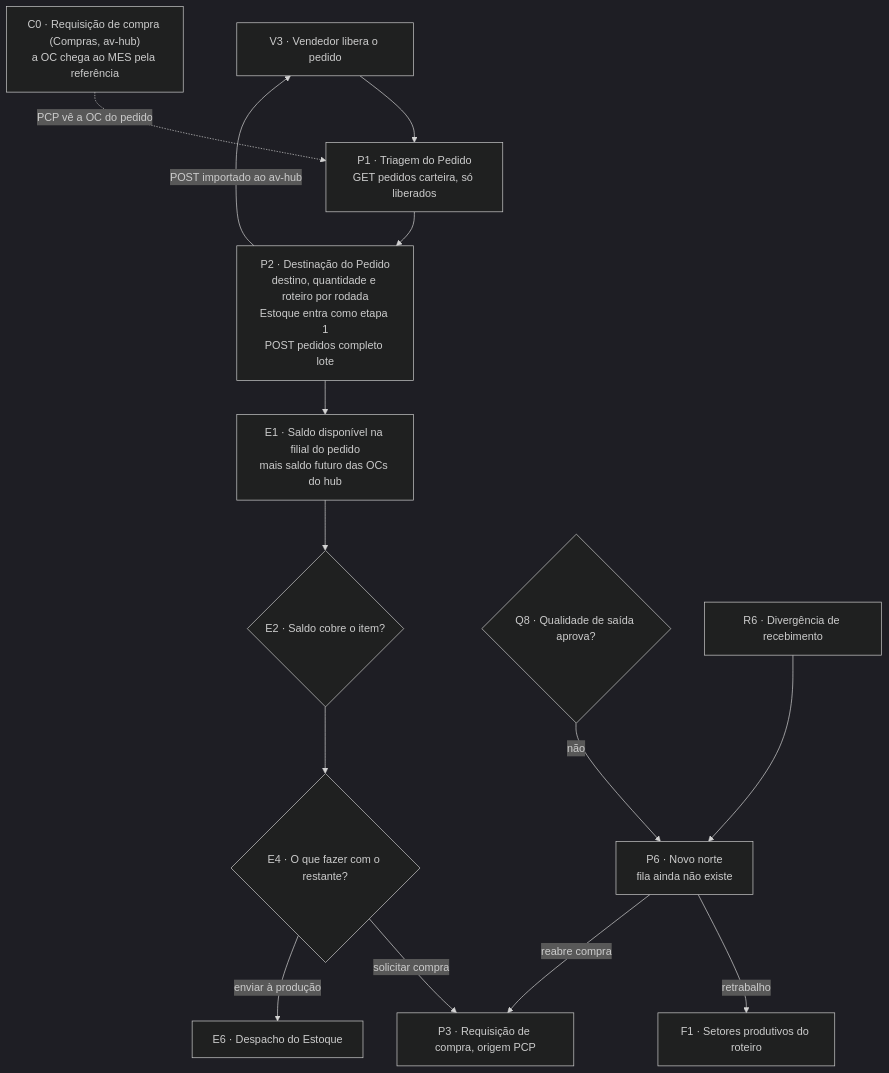
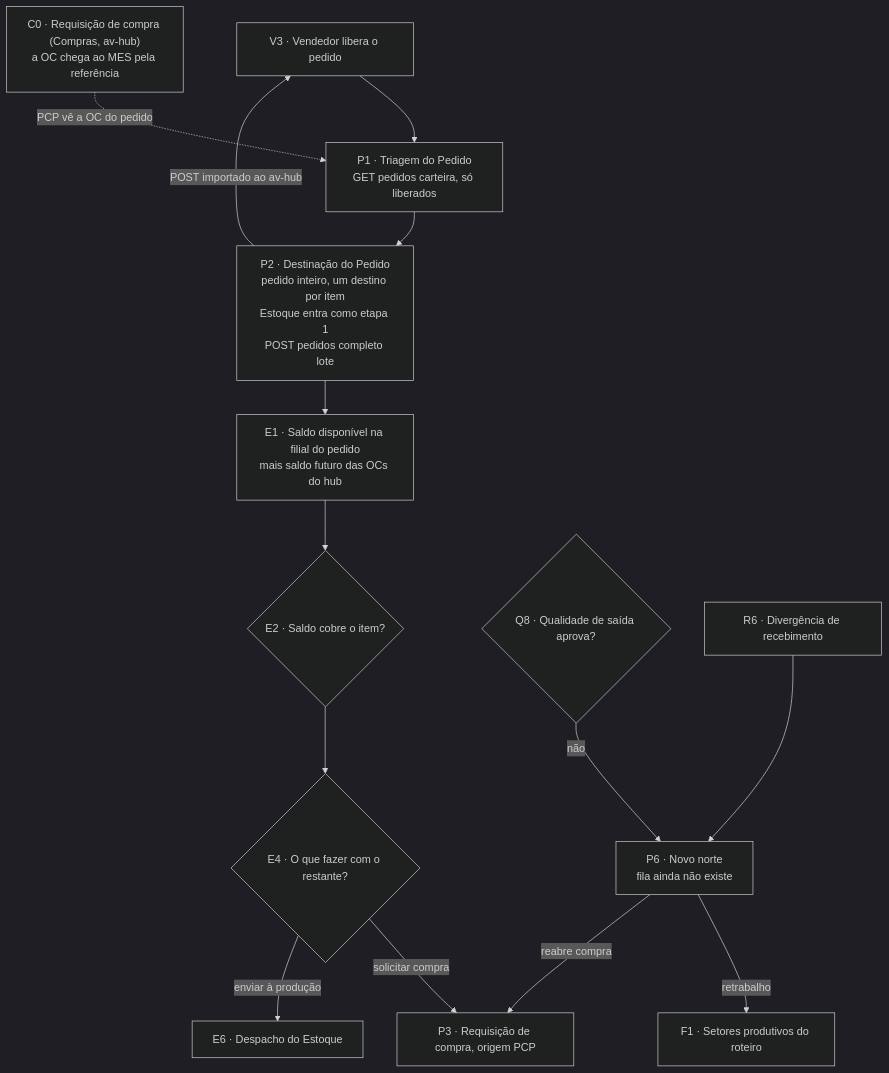
The diagram in 02-Fluxo-de-Atividades/04-PCP-Triagem-e-Destinacao.md (pablo-cruzbr/vault-avhub-mer), drawn with Mermaid (dark theme) before and after one commit. The commit also changed other lines of this file, not shown here.

````diff
--- a/02-Fluxo-de-Atividades/04-PCP-Triagem-e-Destinacao.md
+++ b/02-Fluxo-de-Atividades/04-PCP-Triagem-e-Destinacao.md
@@ -202,16 +202,16 @@
 ```mermaid
 flowchart TD
     V3["V3 · Vendedor libera o pedido"] --> P1["P1 · Triagem do Pedido<br/>GET pedidos carteira, só liberados"]
-    P1 --> P2["P2 · Destinação do Pedido<br/>destino, quantidade e roteiro por rodada<br/>Estoque entra como etapa 1<br/>POST pedidos completo lote"]
+    P1 --> P2["P2 · Destinação do Pedido<br/>pedido inteiro, um destino por item<br/>Estoque entra como etapa 1<br/>POST pedidos completo lote"]
     P2 -->|"POST importado ao av-hub"| V3
     P2 --> E1["E1 · Saldo disponível na filial do pedido<br/>mais saldo futuro das OCs do hub"]
     C0["C0 · Requisição de compra (Compras, av-hub)<br/>a OC chega ao MES pela referência"] -.->|"PCP vê a OC do pedido"| P1
     E1 --> E2{"E2 · Saldo cobre o item?"}
     E2 --> E4{"E4 · O que fazer com o restante?"}
     E4 -->|"solicitar compra"| P3["P3 · Requisição de compra, origem PCP"]
     E4 -->|"enviar à produção"| E6["E6 · Despacho do Estoque"]
     Q8{"Q8 · Qualidade de saída aprova?"} -->|não| P6["P6 · Novo norte<br/>fila ainda não existe"]
     R6["R6 · Divergência de recebimento"] --> P6
     P6 -->|retrabalho| F1["F1 · Setores produtivos do roteiro"]
     P6 -->|"reabre compra"| P3
 ```
````
